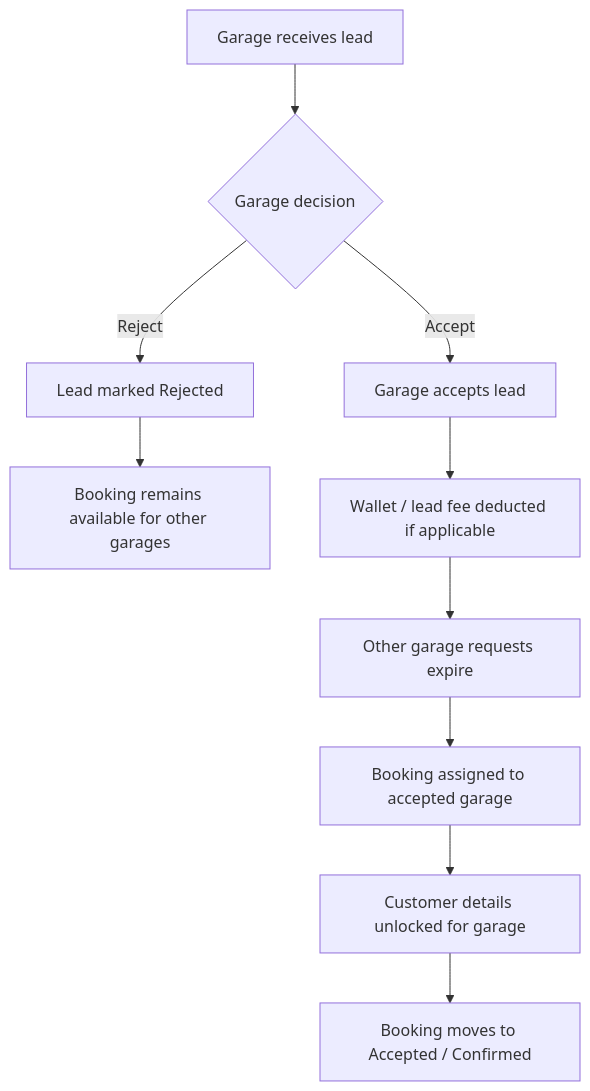
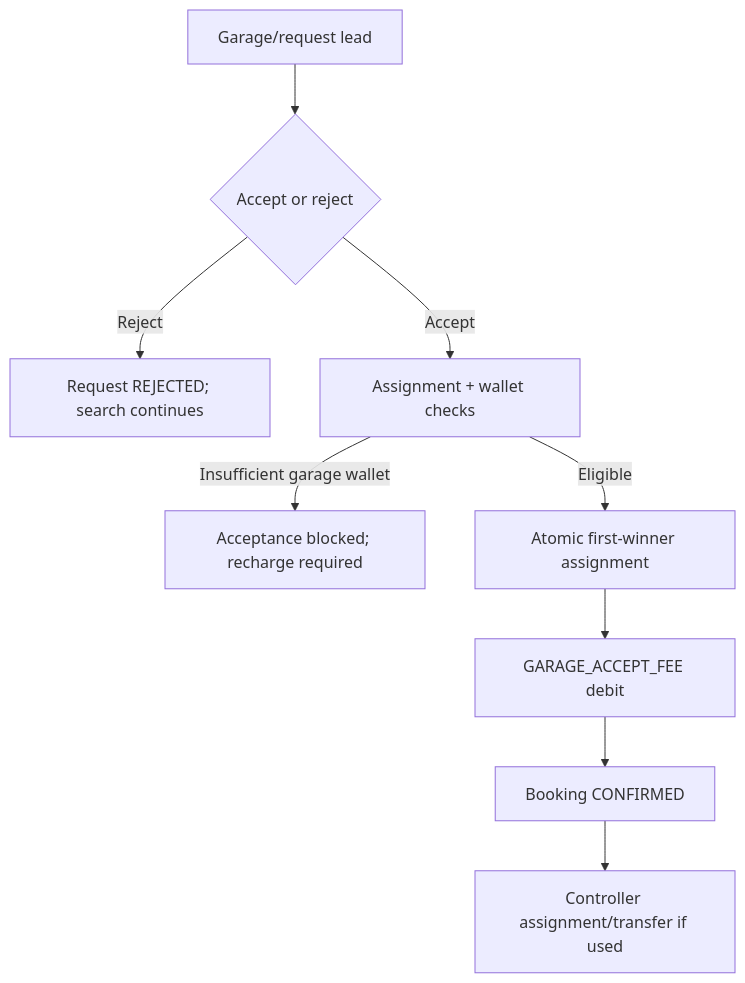
The third of 4 diagrams in garage-partner-flow.md (Aayush20253534/Garage-startup), drawn with Mermaid before and after one commit. The commit also changed other lines of this file and 14 other files, not shown here.

````diff
--- a/garage-partner-flow.md
+++ b/garage-partner-flow.md
@@ -72,14 +82,11 @@
 ```mermaid
 flowchart TD
-    A["Garage receives lead"] --> B{"Garage decision"}
-
-    B -->|Reject| C["Lead marked Rejected"]
-    C --> D["Booking remains available for other garages"]
-
-    B -->|Accept| E["Garage accepts lead"]
-    E --> F["Wallet / lead fee deducted if applicable"]
-    F --> G["Other garage requests expire"]
-    G --> H["Booking assigned to accepted garage"]
-    H --> I["Customer details unlocked for garage"]
-    I --> J["Booking moves to Accepted / Confirmed"]
+    Lead["Garage/request lead"] --> Choice{"Accept or reject"}
+    Choice -->|"Reject"| Rejected["Request REJECTED; search continues"]
+    Choice -->|"Accept"| Guard["Assignment + wallet checks"]
+    Guard -->|"Insufficient garage wallet"| Recharge["Acceptance blocked; recharge required"]
+    Guard -->|"Eligible"| Winner["Atomic first-winner assignment"]
+    Winner --> Fee["GARAGE_ACCEPT_FEE debit"]
+    Fee --> Confirmed["Booking CONFIRMED"]
+    Confirmed --> Dispatch["Controller assignment/transfer if used"]
 ```
````
